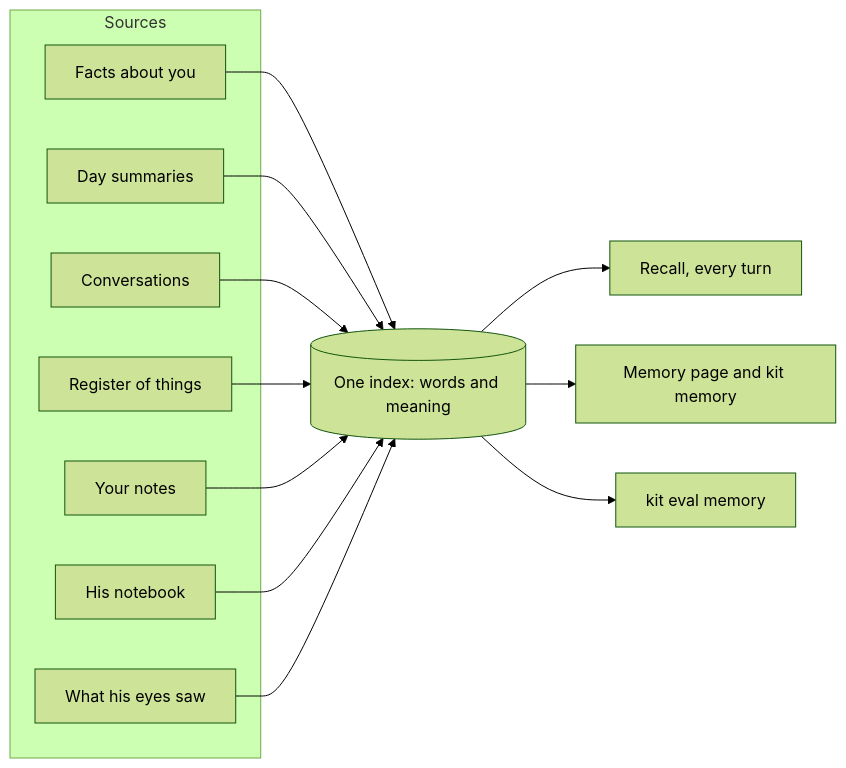
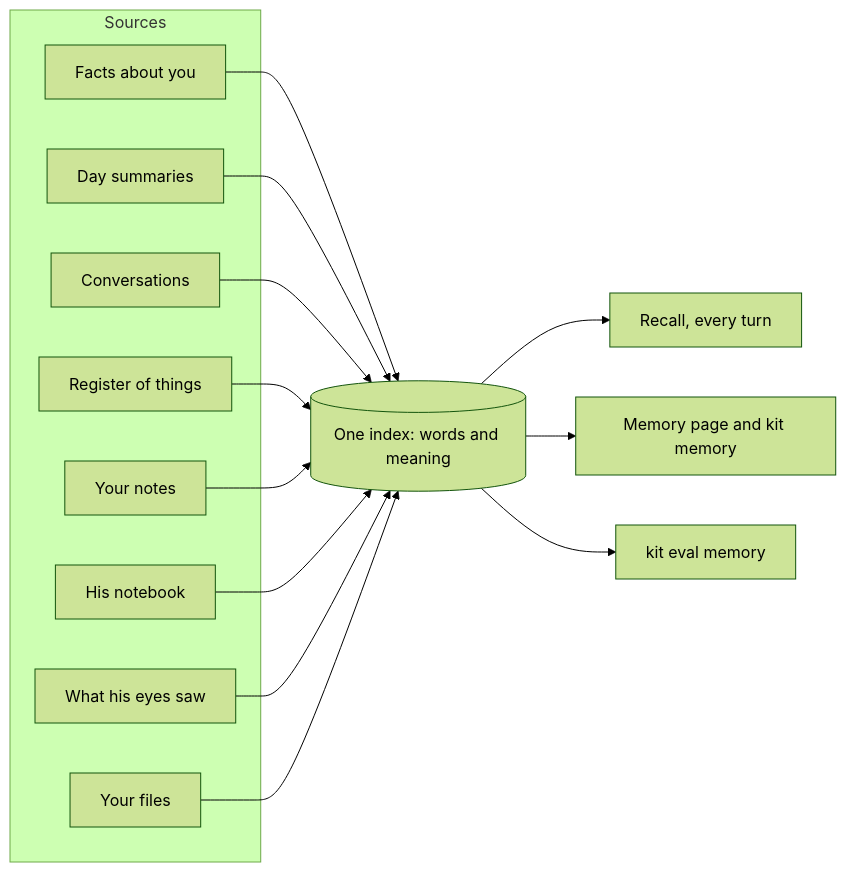
The diagram in docs/2 How Kit Works/Memory.md (Senitage/Kit), drawn with Mermaid (forest theme) before and after one commit. The commit also changed other lines of this file and 32 other files, not shown here.

````diff
--- a/docs/2 How Kit Works/Memory.md
+++ b/docs/2 How Kit Works/Memory.md
@@ -21,17 +21,18 @@
 ```mermaid
 flowchart LR
     subgraph Sources
         F["Facts about you"]
         D["Day summaries"]
         C["Conversations"]
         T["Register of things"]
         N["Your notes"]
         S["His notebook"]
         E["What his eyes saw"]
+        Y["Your files"]
     end
     I[("One index: words and meaning")]
-    F & D & C & T & N & S & E --> I
+    F & D & C & T & N & S & E & Y --> I
     I --> R["Recall, every turn"]
     I --> P["Memory page and kit memory"]
     I --> V["kit eval memory"]
 ```
````
